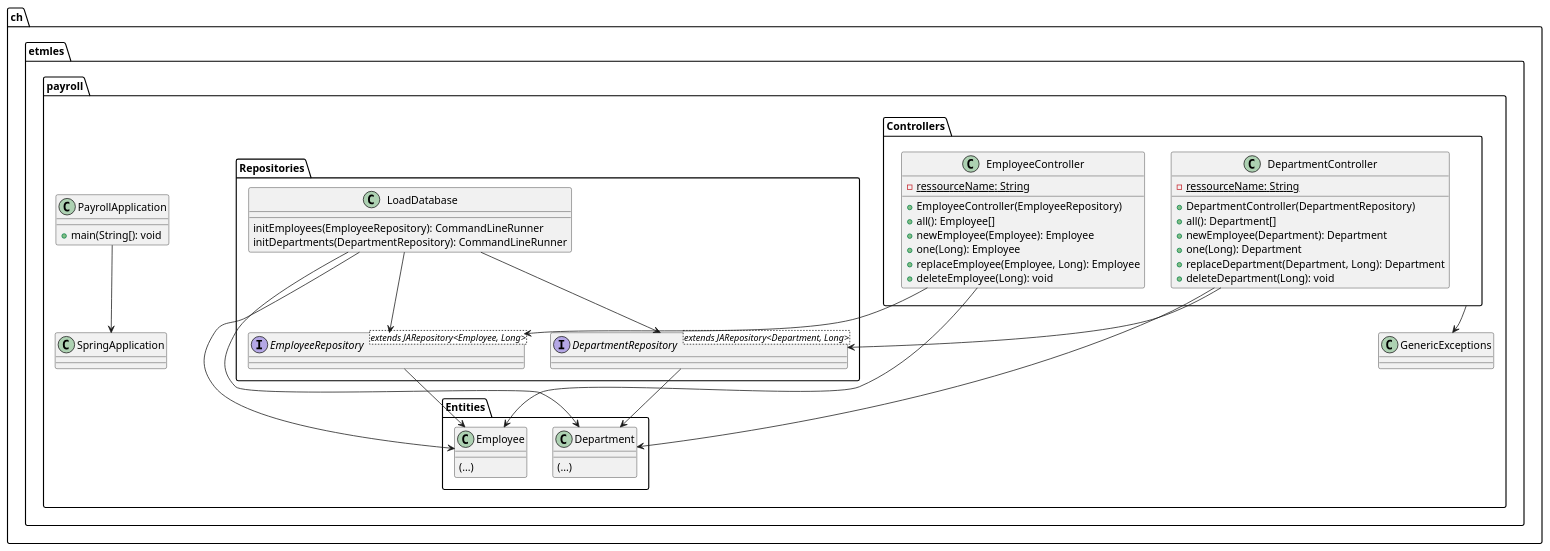
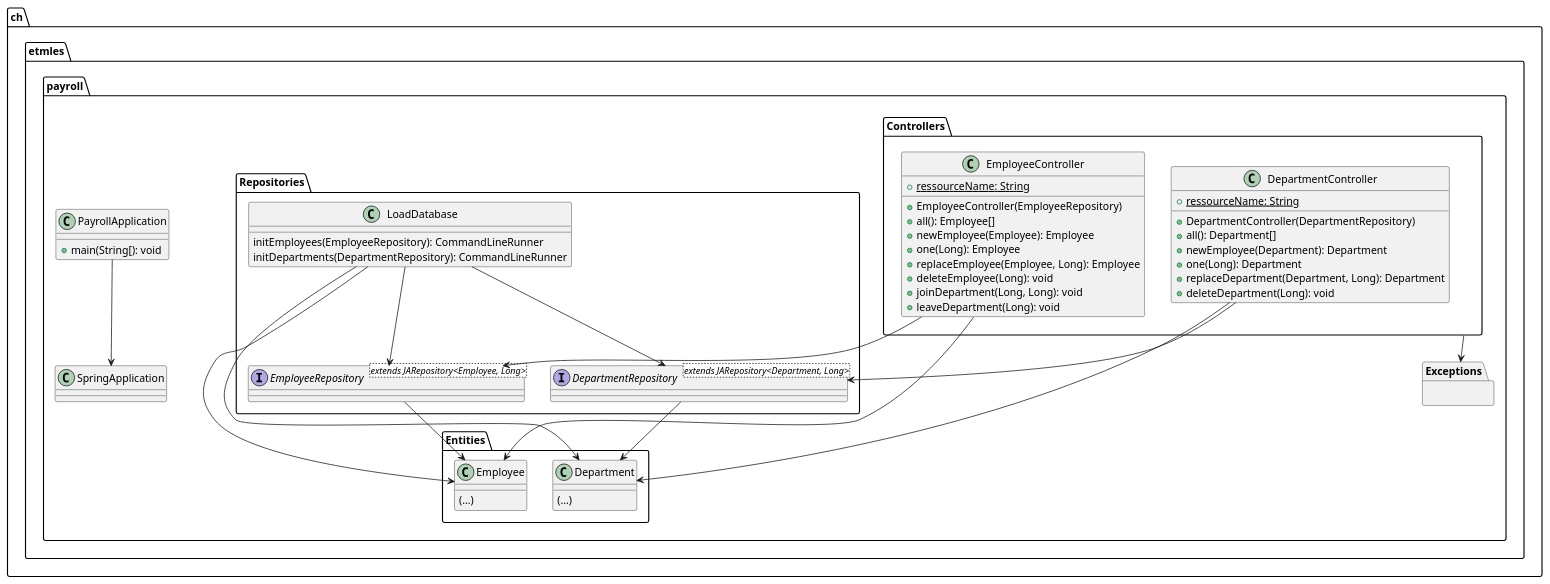
One commit to Manueloro/spring-warm-up changed the diagram in class.diagram.plantuml. Above: the diagram before and after it, drawn with PlantUML. The commit also changed 5 other files, not shown here.

Commit message:
feat: employee join/leave department

```diff
--- a/class.diagram.plantuml
+++ b/class.diagram.plantuml
@@ -1,67 +1,71 @@
 @startuml
 
 package "ch.etmles.payroll" {
     class PayrollApplication {
         +main(String[): void
     }
 
     "PayrollApplication" --> "SpringApplication"
 
     package "Controllers" {
         class "EmployeeController" {
-            {static}-ressourceName: String
+            {static}+ressourceName: String
             +EmployeeController(EmployeeRepository)
             +all(): Employee[]
             +newEmployee(Employee): Employee
             +one(Long): Employee
             +replaceEmployee(Employee, Long): Employee
             +deleteEmployee(Long): void
+            +joinDepartment(Long, Long): void
+            +leaveDepartment(Long): void
         }
 
         class "DepartmentController" {
-            {static}-ressourceName: String
+            {static}+ressourceName: String
             +DepartmentController(DepartmentRepository)
             +all(): Department[]
             +newEmployee(Department): Department
             +one(Long): Department
             +replaceDepartment(Department, Long): Department
             +deleteDepartment(Long): void
         }
     }
 
     package "Entities" {
         class "Employee" {
             (...)
         }
         class "Department"{
             (...)
         }
     }
 
     package "Repositories" {
         interface "EmployeeRepository"<extends JARepository<Employee, Long>>
         interface "DepartmentRepository"<extends JARepository<Department, Long>>
         class "LoadDatabase" {
             initEmployees(EmployeeRepository): CommandLineRunner
             initDepartments(DepartmentRepository): CommandLineRunner
         }
     }
 
-    "Controllers" --> "GenericExceptions"
+    package "Exceptions" {}
+
+    "Controllers" --> "Exceptions"
 
     "EmployeeController" --> "EmployeeRepository"
     "EmployeeController" --> "Employee"
 
     "DepartmentController" --> "DepartmentRepository"
     "DepartmentController" --> "Department"
 
     "EmployeeRepository" --> "Employee"
     "DepartmentRepository" --> "Department"
 
     "LoadDatabase" --> "EmployeeRepository"
     "LoadDatabase" --> "Employee"
     "LoadDatabase" --> "DepartmentRepository"
     "LoadDatabase" --> "Department"
 }
 
 @enduml
```
